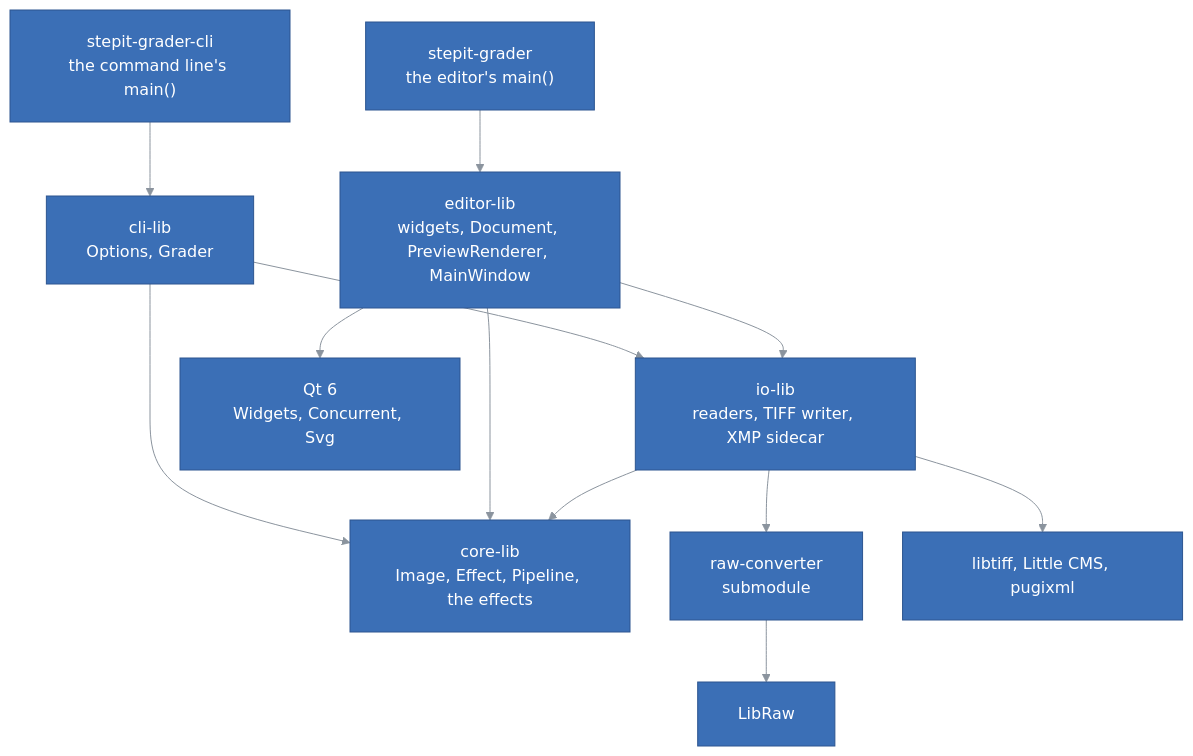
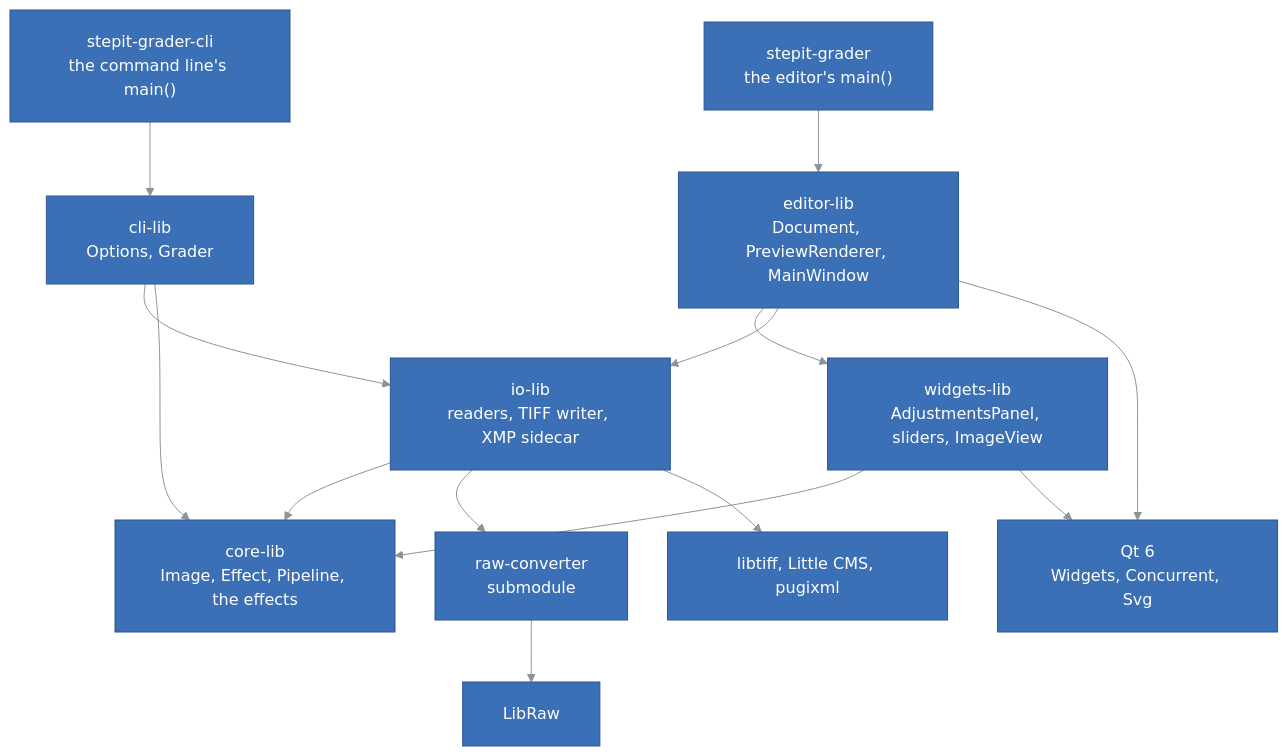
The first of 2 diagrams in docs/ARCHITECTURE.md (kineticsystem/stepit-grader), drawn with Mermaid before and after one commit. The commit also changed other lines of this file and 30 other files, not shown here.

```diff
--- a/docs/ARCHITECTURE.md
+++ b/docs/ARCHITECTURE.md
@@ -95,7 +96,8 @@
 flowchart TB
     App["stepit-grader<br/>the editor's main()"]
     Cli["stepit-grader-cli<br/>the command line's main()"]
-    Editor["editor-lib<br/>widgets, Document, PreviewRenderer, MainWindow"]
+    Editor["editor-lib<br/>Document, PreviewRenderer, MainWindow"]
+    Widgets["widgets-lib<br/>AdjustmentsPanel, sliders, ImageView"]
     CliLib["cli-lib<br/>Options, Grader"]
     IO["io-lib<br/>readers, TIFF writer, XMP sidecar"]
     Core["core-lib<br/>Image, Effect, Pipeline, the effects"]
@@ -107,9 +109,11 @@
     Cli --> CliLib
     CliLib --> IO
     CliLib --> Core
+    Editor --> Widgets
     Editor --> IO
-    Editor --> Core
     Editor --> Qt
+    Widgets --> Core
+    Widgets --> Qt
     IO --> Core
     IO --> Raw
     IO --> Libs
```
